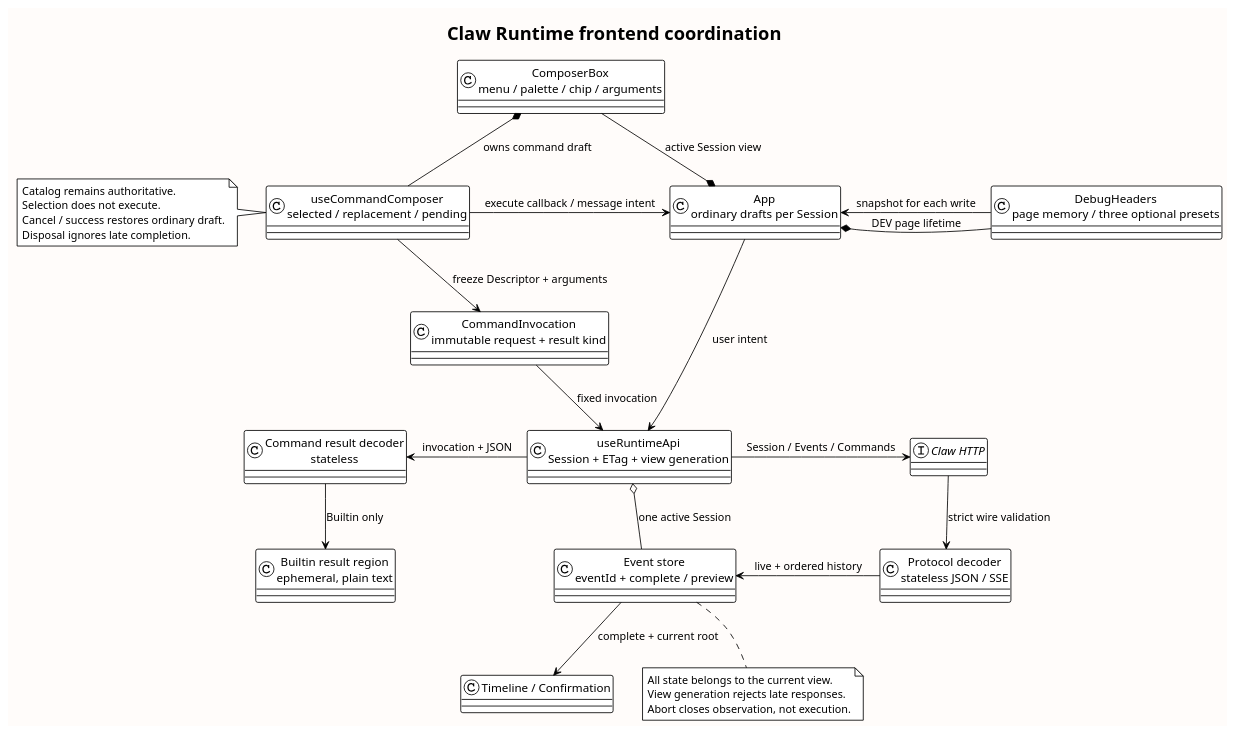
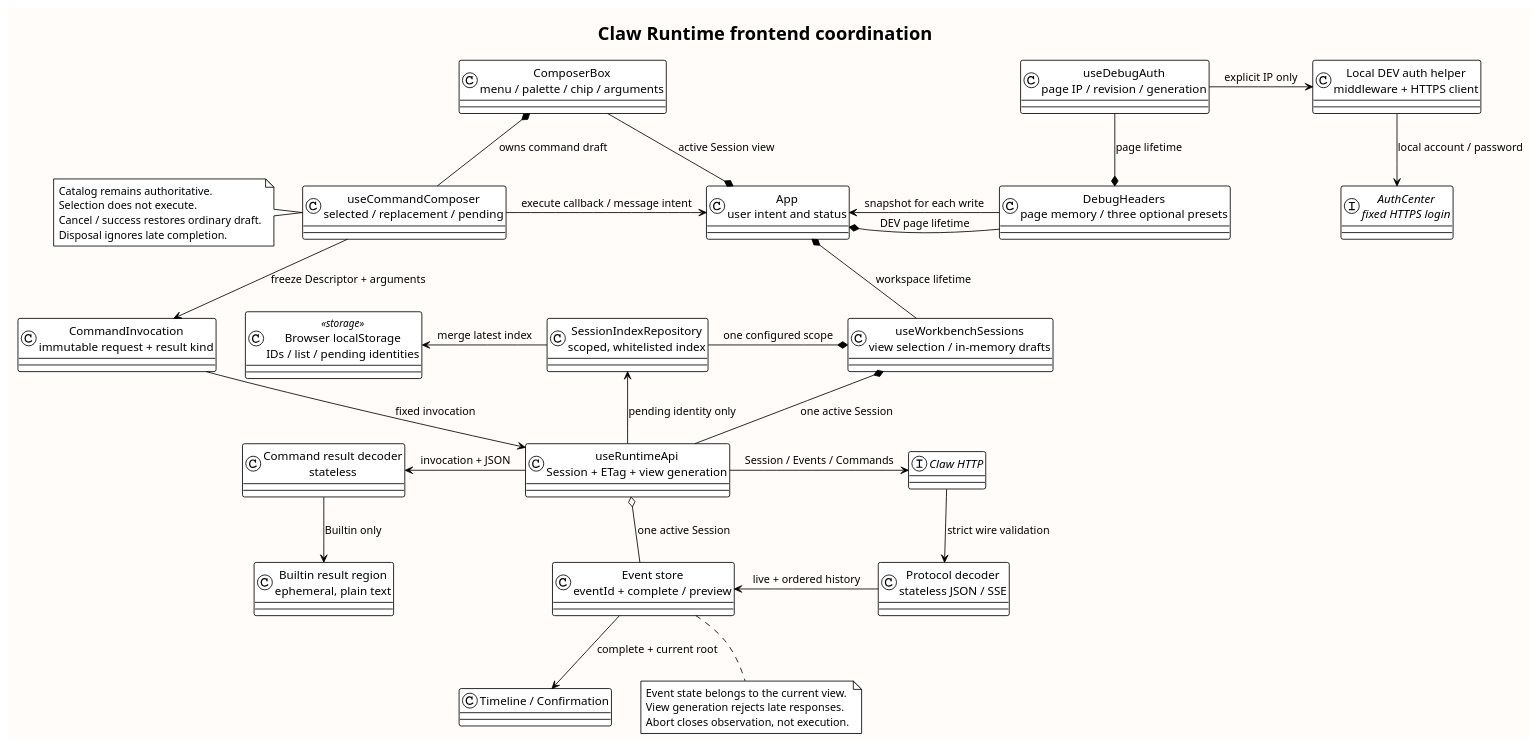
Before and after one commit to 2862282695gjh-afk/pi-mono-java: the diagram in docs/designs/frontend-events/diagram.puml, drawn with PlantUML. The commit also changed 34 other files, not shown here.

```diff
--- a/docs/designs/frontend-events/diagram.puml
+++ b/docs/designs/frontend-events/diagram.puml
@@ -1,60 +1,80 @@
 @startuml frontend_event_coordination
 !theme plain
 title Claw Runtime frontend coordination
 top to bottom direction
 skinparam shadowing false
 skinparam backgroundColor #FFFCFA
 ' Initial source baseline: pi-mono-java@821418e7f2ece298a04a066ab8d11d3388ef2f16
-' Interaction source baseline: pi-mono-java@4cc8dd86f601417c22cf9306e52152acbb59bb60
-' frontend/src/App.vue: message, drafts, submit, ComposerBox Session key
+' Workbench source baseline: pi-mono-java@8fbafdb0b7ea5cdb8f22704610e5a86fc6f91bf1
+' frontend/src/App.vue: threads, drafts, submit, ComposerBox Session key
 ' frontend/src/components/ComposerBox.vue: enter, choose, submit
 ' frontend/src/components/DebugHeaders.vue: rows, ensureTrailingRow, snapshot
 ' frontend/src/runtime/commands.ts: freezeInvocation
 ' frontend/src/composables/useRuntimeApi.ts: listCommands, executeCommand
 ' runtimeapi/vo/SessionEventResponseVO.java: shared complete event fields
 ' Full path: modules/coding-agent-cli/src/main/java/com/campusclaw/codingagent/runtimeapi/vo/SessionEventResponseVO.java
-' Observed behavior: 4cc8dd8 already has Slash drafts and separate Builtin / Skill execution.
+' Observed behavior: 8fbafdb0 keeps the Session list only in page memory.
 ' Design reason: one authoritative store must serve live, recovery and control.
 ' Design reason: separate command arguments preserve ordinary drafts and verbatim input.
 ' New target implemented here: frontend/src/composables/useCommandComposer.ts
 ' New target implemented here: frontend/src/runtime/commands.ts: freezeCommandArguments
+' New in this change: frontend/src/composables/useWorkbenchSessions.ts: resumeSession
+' New in this change: frontend/src/runtime/sessionIndex.ts: SessionIndexRepository
+' New in this change: frontend/src/composables/useDebugAuth.ts: getToken
+' New in this change: frontend/dev/authMiddleware.ts: createAuthMiddleware
+' New in this change: frontend/dev/authCenter.ts: loginAuthCenter
+' Design reason: the local index stores identities; backend history remains authoritative.
+' Design reason: local credentials stay in Node; browser cannot read HttpOnly cookies.
 ' Real backend E2E remains outside this interaction validation.
-class "App\nordinary drafts per Session" as App
+class "App\nuser intent and status" as App
 class "ComposerBox\nmenu / palette / chip / arguments" as Composer
 class "useCommandComposer\nselected / replacement / pending" as Draft
 class "DebugHeaders\npage memory / three optional presets" as Headers
+class "useDebugAuth\npage IP / revision / generation" as Auth
+class "Local DEV auth helper\nmiddleware + HTTPS client" as LocalAuth
+interface "AuthCenter\nfixed HTTPS login" as AuthCenter
+class "useWorkbenchSessions\nview selection / in-memory drafts" as Workbench
+class "SessionIndexRepository\nscoped, whitelisted index" as Index
+class "Browser localStorage\nIDs / list / pending identities" as Storage <<storage>>
 class "CommandInvocation\nimmutable request + result kind" as Invocation
 class "useRuntimeApi\nSession + ETag + view generation" as Coordinator
 class "Event store\neventId + complete / preview" as Store
 class "Timeline / Confirmation" as Timeline
 class "Builtin result region\nephemeral, plain text" as Result
 class "Protocol decoder\nstateless JSON / SSE" as Decoder
 class "Command result decoder\nstateless" as Commands
 interface "Claw HTTP" as HTTP
 App *-left- Composer : active Session view
 Composer *-down- Draft : owns command draft
 App *-right- Headers : DEV page lifetime
 Headers -down-> App : snapshot for each write
+Headers *-up- Auth : page lifetime
+Auth -right-> LocalAuth : explicit IP only
+LocalAuth -down-> AuthCenter : local account / password
+App *-down- Workbench : workspace lifetime
+Workbench *-left- Index : one configured scope
+Index -left-> Storage : merge latest index
 Draft -down-> Invocation : freeze Descriptor + arguments
 Draft -right-> App : execute callback / message intent
-App -down-> Coordinator : user intent
+Workbench *-down- Coordinator : one active Session
+Coordinator -left-> Index : pending identity only
 Invocation -down-> Coordinator : fixed invocation
 Coordinator -right-> HTTP : Session / Events / Commands
 HTTP -down-> Decoder : strict wire validation
 Coordinator o-down- Store : one active Session
 Decoder -left-> Store : live + ordered history
 Store -down-> Timeline : complete + current root
 Coordinator -left-> Commands : invocation + JSON
 Commands -down-> Result : Builtin only
 note bottom of Store
-  All state belongs to the current view.
+  Event state belongs to the current view.
   View generation rejects late responses.
   Abort closes observation, not execution.
 end note
 note left of Draft
   Catalog remains authoritative.
   Selection does not execute.
   Cancel / success restores ordinary draft.
   Disposal ignores late completion.
 end note
 @enduml
```
